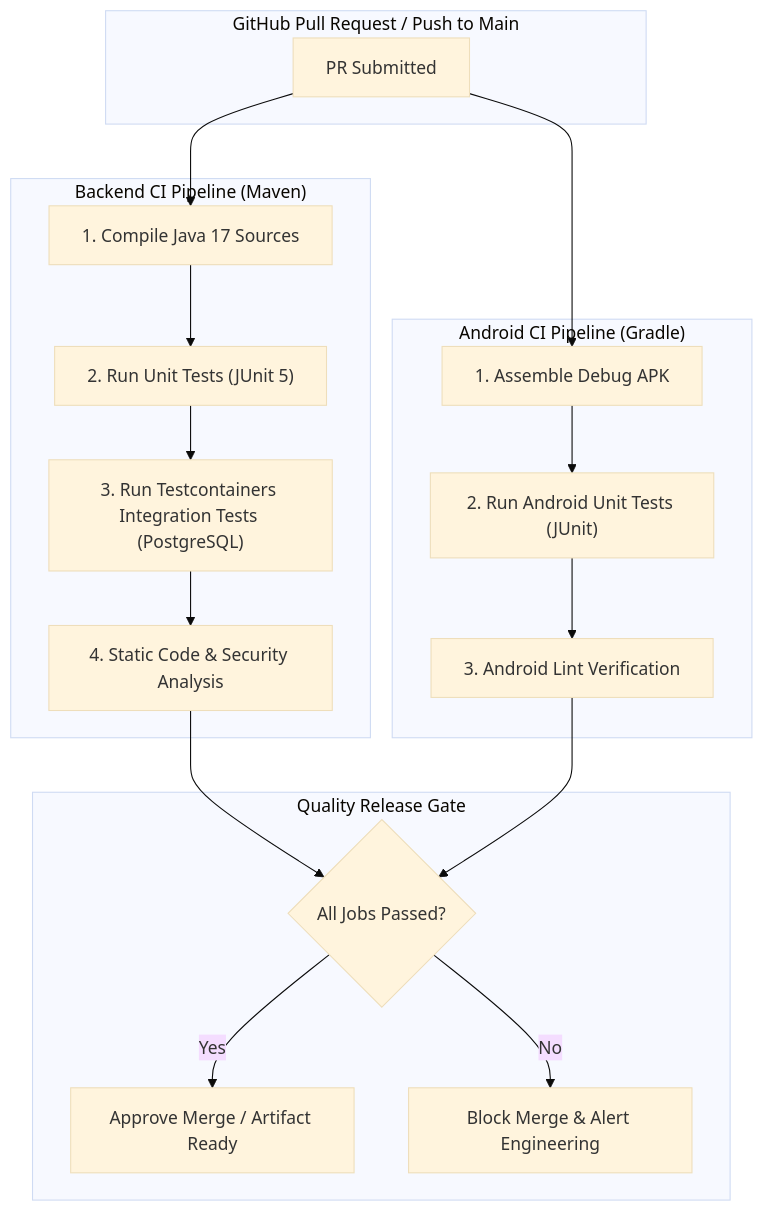
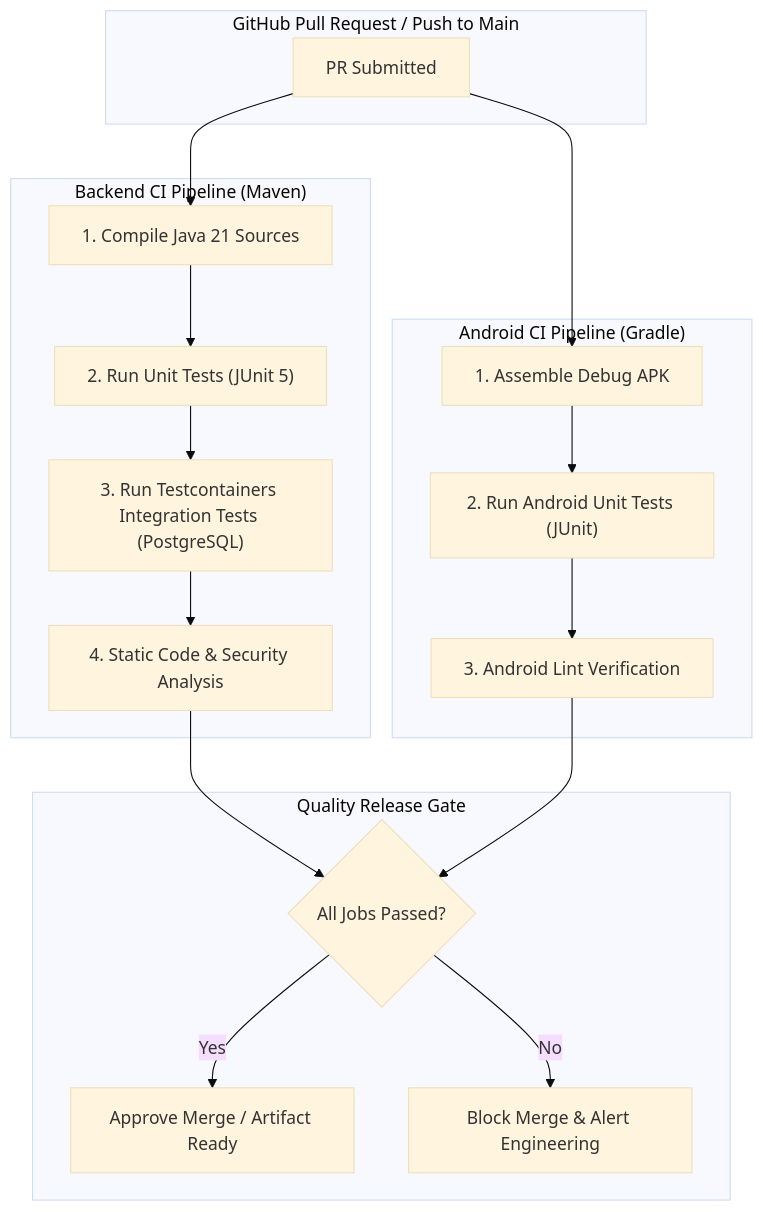
One commit to Bryan1805a/MIRA changed the third of 3 diagrams in docs/07-testing-strategy.md. Above: the diagram before and after it, drawn with Mermaid (base theme). The commit also changed other lines of this file and 14 other files, not shown here.

````diff
--- a/docs/07-testing-strategy.md
+++ b/docs/07-testing-strategy.md
@@ -125,34 +136,34 @@
 ```mermaid
 flowchart TD
     subgraph Trigger ["GitHub Pull Request / Push to Main"]
         PR["PR Submitted"]
     end
 
     subgraph BackendPipeline ["Backend CI Pipeline (Maven)"]
-        Compile["1. Compile Java 17 Sources"]
+        Compile["1. Compile Java 21 Sources"]
         UnitTests["2. Run Unit Tests (JUnit 5)"]
         Testcontainers["3. Run Testcontainers Integration Tests (PostgreSQL)"]
         Lint["4. Static Code & Security Analysis"]
         PR --> Compile
         Compile --> UnitTests
         UnitTests --> Testcontainers
         Testcontainers --> Lint
     end
 
     subgraph AndroidPipeline ["Android CI Pipeline (Gradle)"]
         Assemble["1. Assemble Debug APK"]
         AndroidUnit["2. Run Android Unit Tests (JUnit)"]
         AndroidLint["3. Android Lint Verification"]
         PR --> Assemble
         Assemble --> AndroidUnit
         AndroidUnit --> AndroidLint
     end
 
     subgraph Gate ["Quality Release Gate"]
         CheckSuccess{"All Jobs Passed?"}
         Lint --> CheckSuccess
         AndroidLint --> CheckSuccess
         CheckSuccess -- Yes --> MergeApproved["Approve Merge / Artifact Ready"]
         CheckSuccess -- No --> BlockMerge["Block Merge & Alert Engineering"]
     end
 ```
````
